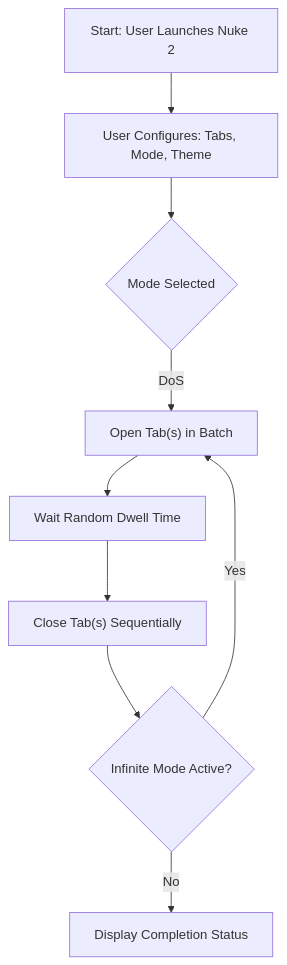
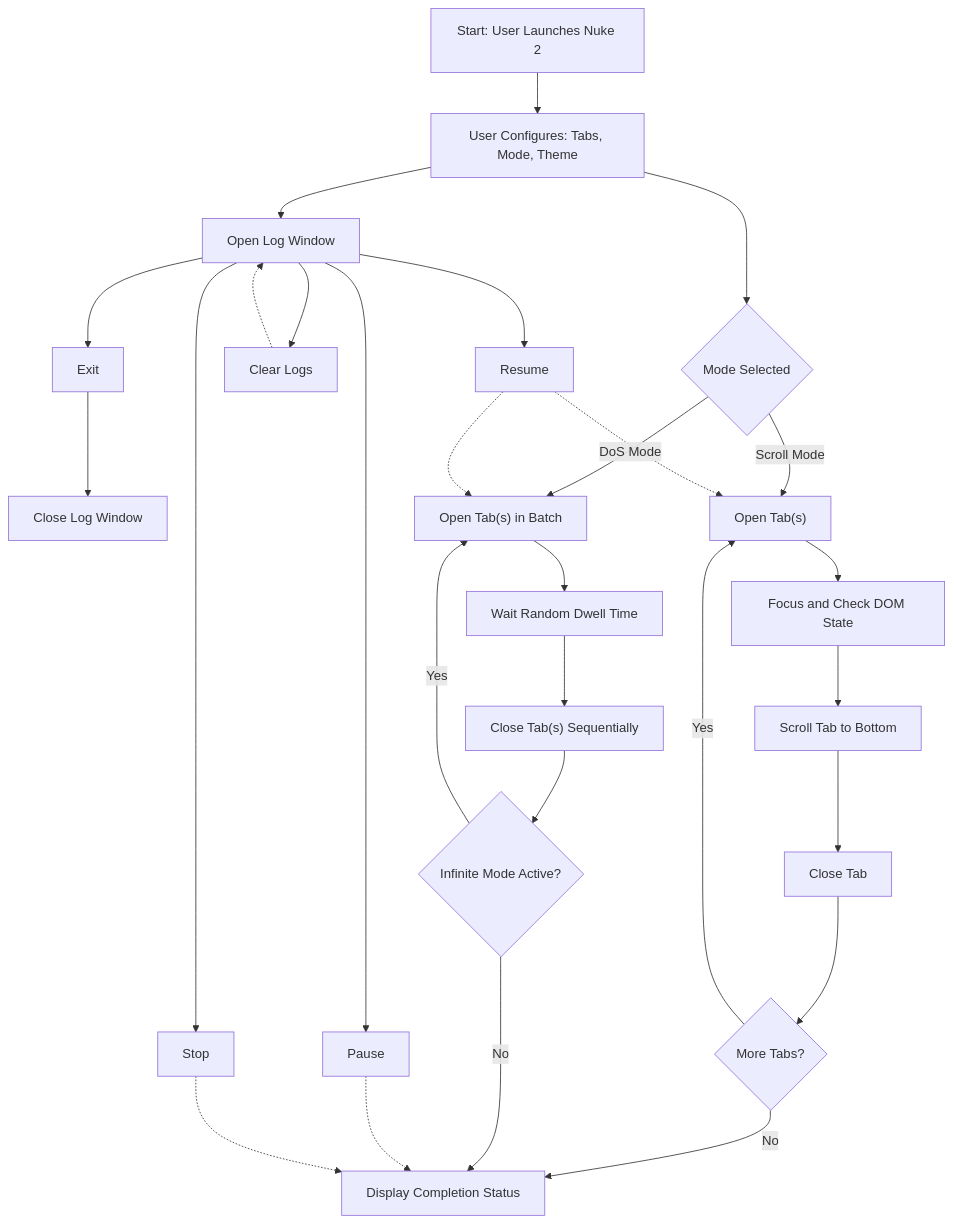
Before and after one commit to g-h-0-S-t/Nuke2: the diagram in README.md, drawn with Mermaid. The commit also changed other lines of this file, not shown here.

````diff
--- a/README.md
+++ b/README.md
@@ -50,11 +33,37 @@
 ```mermaid
 flowchart TD
 A["Start: User Launches Nuke 2"] --> B["User Configures: Tabs, Mode, Theme"]
 B --> C{Mode Selected}
-C -->|DoS| D["Open Tab(s) in Batch"]
-D --> E["Wait Random Dwell Time"]
-E --> F["Close Tab(s) Sequentially"]
-F --> G{Infinite Mode Active?}
-G -->|Yes| D
-G -->|No| H["Display Completion Status"]
+%% Log Window Actions
+B --> L["Open Log Window"]
+L --> L1["Pause"]
+L --> L2["Resume"]
+L --> L3["Stop"]
+L --> L4["Clear Logs"]
+L --> L5["Exit"]
+L5 --> CLW["Close Log Window"]
+
+%% Scroll Simulation Branch
+C -->|Scroll Mode| D1["Open Tab(s)"]
+D1 --> E1["Focus and Check DOM State"]
+E1 --> F1["Scroll Tab to Bottom"]
+F1 --> G1["Close Tab"]
+G1 --> H1{More Tabs?}
+H1 -->|Yes| D1
+H1 -->|No| Z["Display Completion Status"]
+
+%% DoS Simulation Branch
+C -->|DoS Mode| D2["Open Tab(s) in Batch"]
+D2 --> E2["Wait Random Dwell Time"]
+E2 --> F2["Close Tab(s) Sequentially"]
+F2 --> G2{Infinite Mode Active?}
+G2 -->|Yes| D2
+G2 -->|No| Z
+
+%% Log Control Influence (can occur any time after launch)
+L1 -.-> Z
+L2 -.-> D1
+L2 -.-> D2
+L3 -.-> Z
+L4 -.-> L
 ```
````
